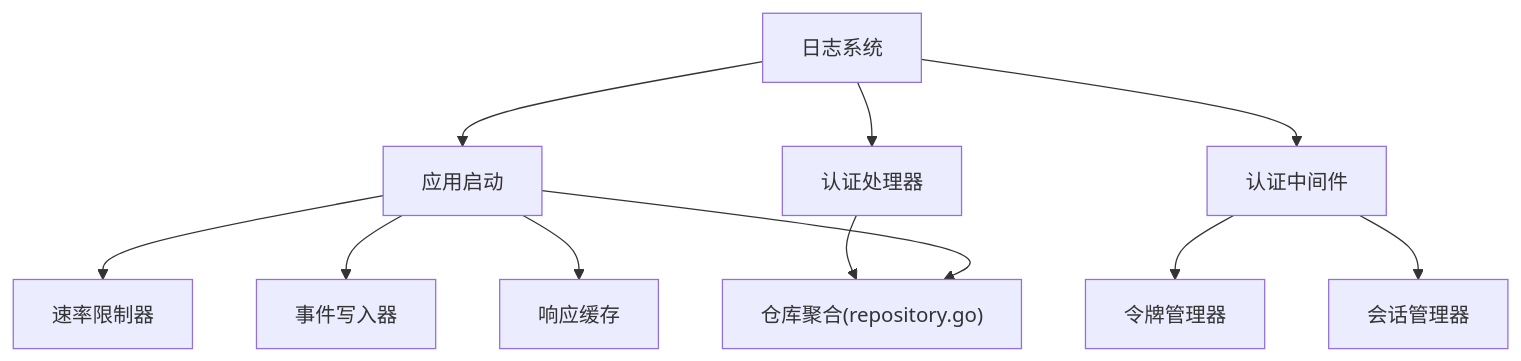
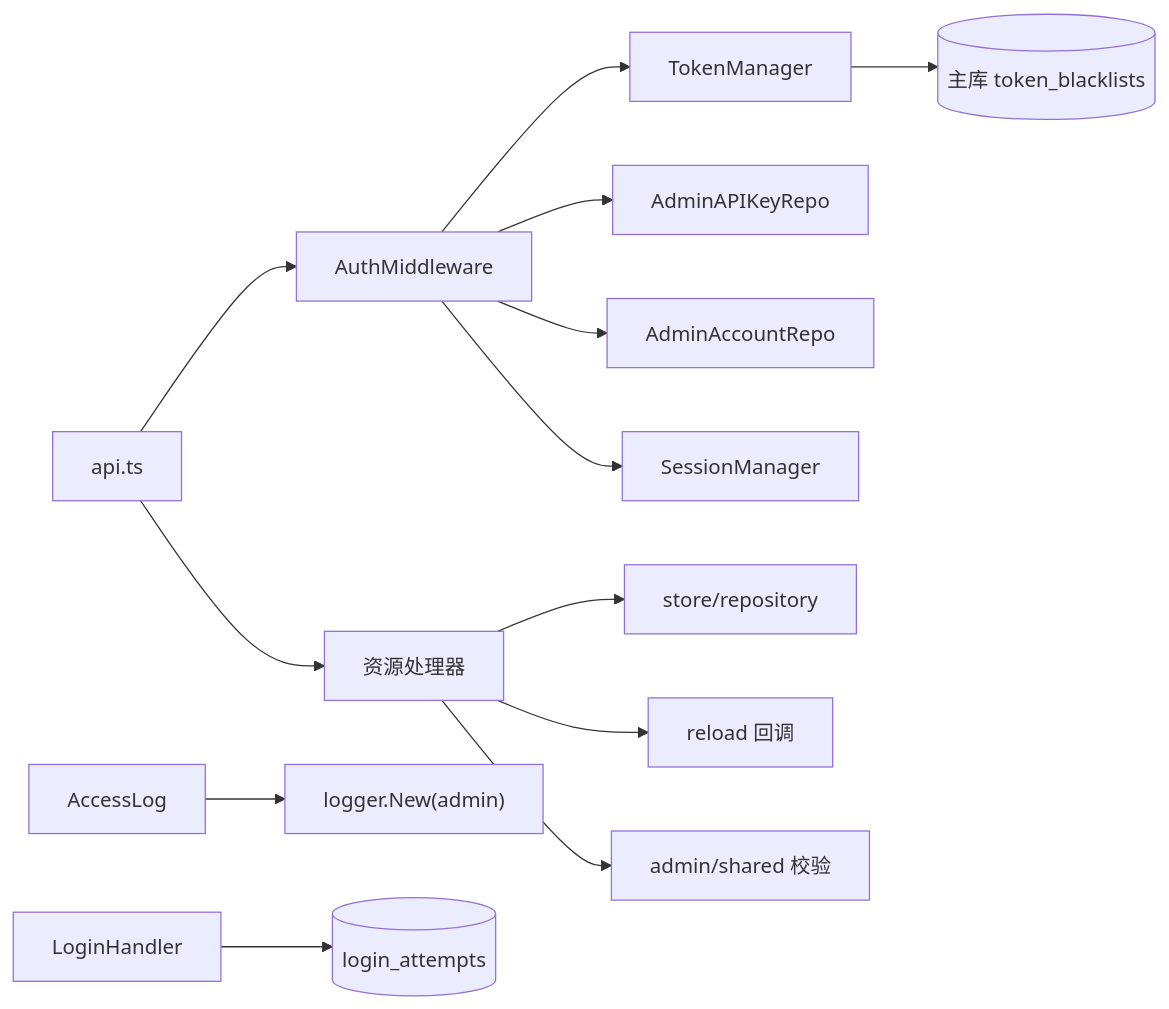
One commit to x01n/My-OpenWaf changed the fourth of 5 diagrams in docs/管理 API 系统/REST API 设计规范/错误处理机制.md. Above: the diagram before and after it, drawn with Mermaid. The commit also changed other lines of this file and 622 other files, not shown here.

````diff
--- a/docs/管理 API 系统/REST API 设计规范/错误处理机制.md
+++ b/docs/管理 API 系统/REST API 设计规范/错误处理机制.md
@@ -320,13 +418,15 @@
 ```mermaid
-graph TB
-AuthMW["认证中间件"] --> TM["令牌管理器"]
-AuthMW --> SM["会话管理器"]
-AuthH["认证处理器"] --> Repo["仓库聚合(repository.go)"]
-AppRun["应用启动"] --> Rate["速率限制器"]
-AppRun --> EvW["事件写入器"]
-AppRun --> Cache["响应缓存"]
-AppRun --> Repo
-Logger["日志系统"] --> AppRun
-Logger --> AuthMW
-Logger --> AuthH
+graph LR
+AM["AuthMiddleware"] --> TM["TokenManager"]
+AM --> AKR["AdminAPIKeyRepo"]
+AM --> AAR["AdminAccountRepo"]
+AM --> SM["SessionManager"]
+TM --> DB[("主库 token_blacklists")]
+HD["资源处理器"] --> REPO["store/repository"]
+HD --> RL["reload 回调"]
+HD --> SHARED["admin/shared 校验"]
+AL["AccessLog"] --> LOG["logger.New(admin)"]
+LH["LoginHandler"] --> LA[("login_attempts")]
+FE["api.ts"] --> AM
+FE --> HD
 ```
````
